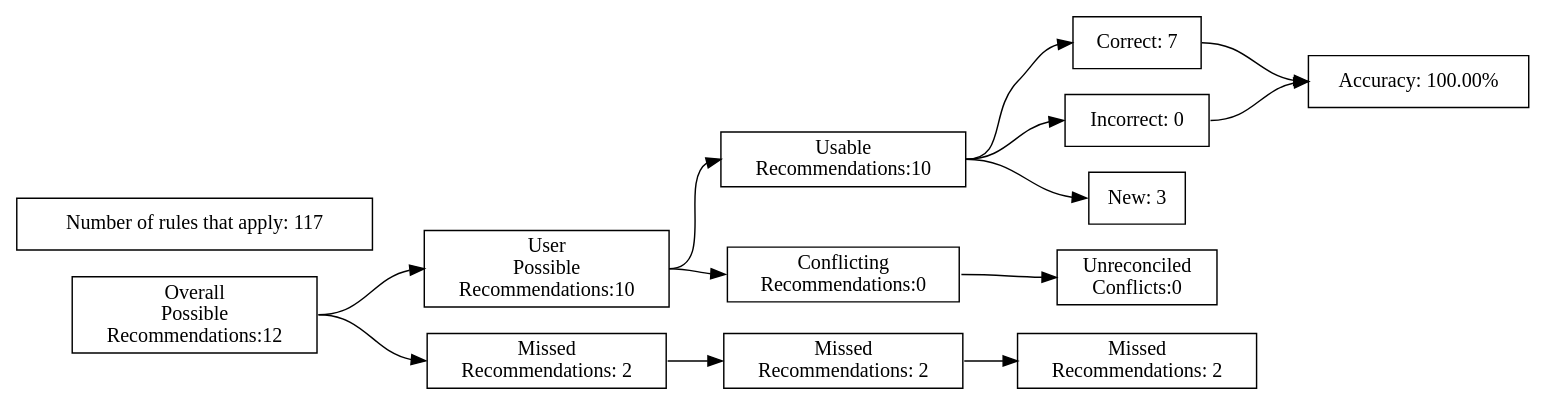
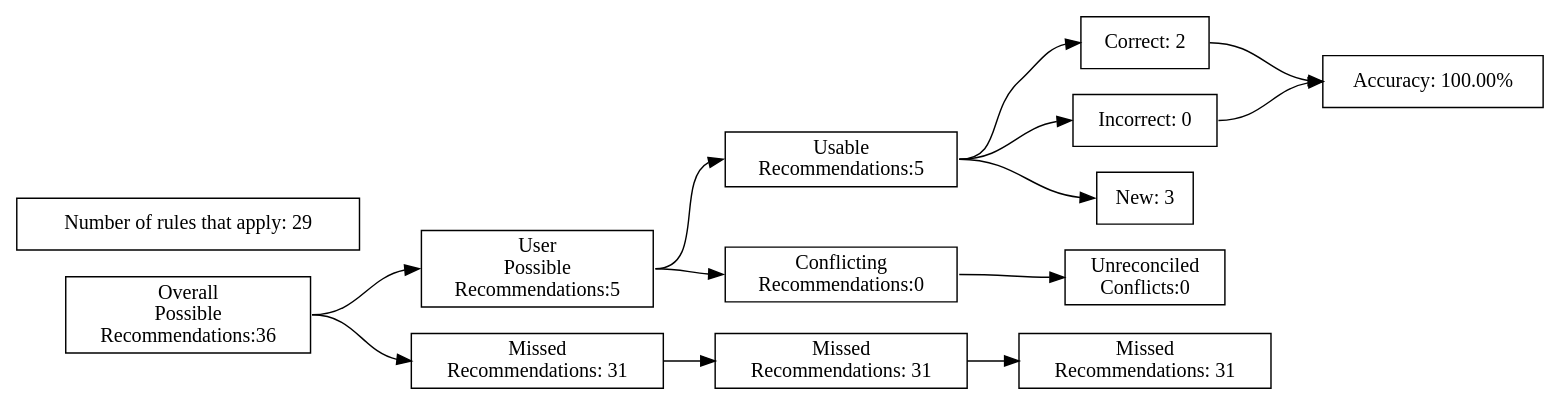
One commit to ZaxR/ibd_diet_analysis changed the diagram in test_renders/11.gv. Above: the diagram before and after it, drawn with Graphviz. The commit also changed 229 other files, not shown here.

```diff
--- a/test_renders/11.gv
+++ b/test_renders/11.gv
@@ -1,40 +1,40 @@
 digraph {
 	graph [rankdir=LR]
 	node [pos=r shape=box]
 	edge [headport=w tailport=e]
 		A [label="Overall
 Possible
-Recommendations:12"]
+Recommendations:36"]
 		B [label="User
 Possible
-Recommendations:10"]
+Recommendations:5"]
 		C [label="Missed
-Recommendations: 2"]
+Recommendations: 31"]
 		D [label="Usable
-Recommendations:10"]
+Recommendations:5"]
 		E [label="Conflicting
 Recommendations:0"]
 		J [label="Missed
-Recommendations: 2"]
+Recommendations: 31"]
 		M [label="Unreconciled
 Conflicts:0"]
-		F [label="Correct: 7"]
+		F [label="Correct: 2"]
 		G [label="Incorrect: 0"]
 		H [label="New: 3"]
 		K [label="Missed
-Recommendations: 2"]
+Recommendations: 31"]
 		I [label="Accuracy: 100.00%"]
-		l [label="Number of rules that apply: 117"]
+		l [label="Number of rules that apply: 29"]
 			A -> B
 			A -> C
 			B -> D
 			B -> E
 			D -> F
 			D -> G
 			D -> H
 			F -> I
 			G -> I
 			C -> J
 			J -> K
 			E -> M
 }
```
